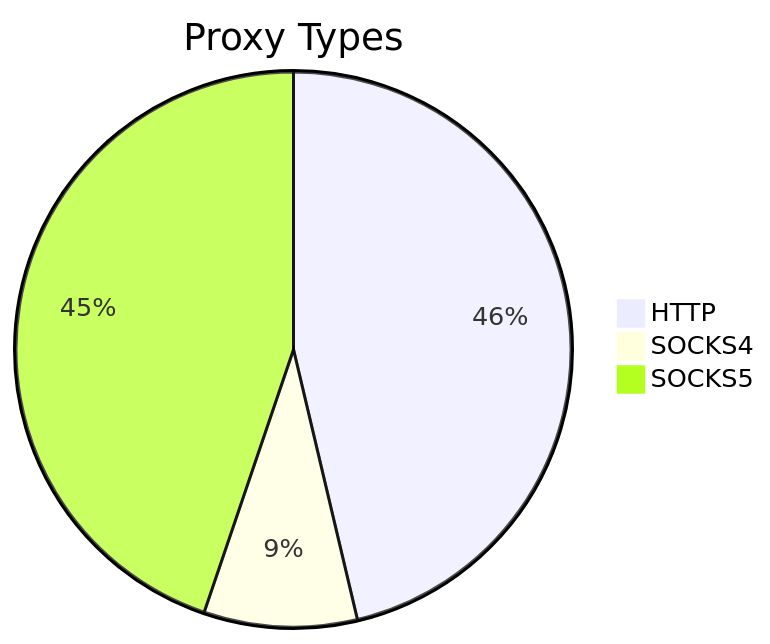
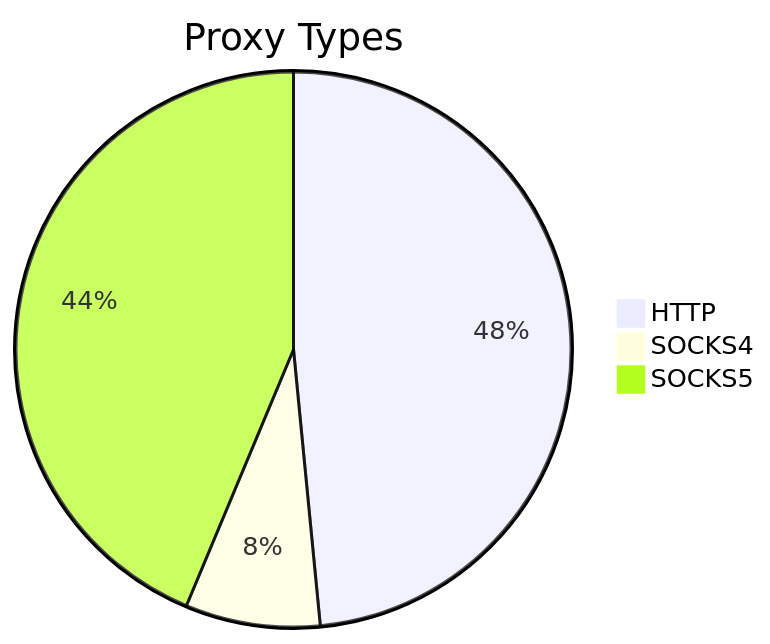
The first of 2 diagrams in README.md (stormsia/proxy-list), drawn with Mermaid before and after one commit. The commit also changed other lines of this file, not shown here.

````diff
--- a/README.md
+++ b/README.md
@@ -21,6 +21,6 @@
 ```mermaid
 pie title Proxy Types
-    "HTTP" : 244
-    "SOCKS4" : 47
-    "SOCKS5" : 236
+    "HTTP" : 346
+    "SOCKS4" : 56
+    "SOCKS5" : 312
 ```
````
